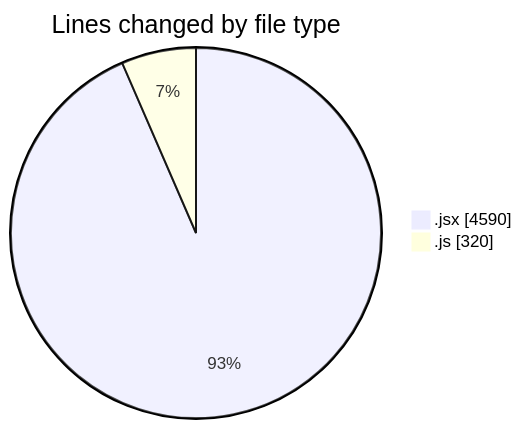
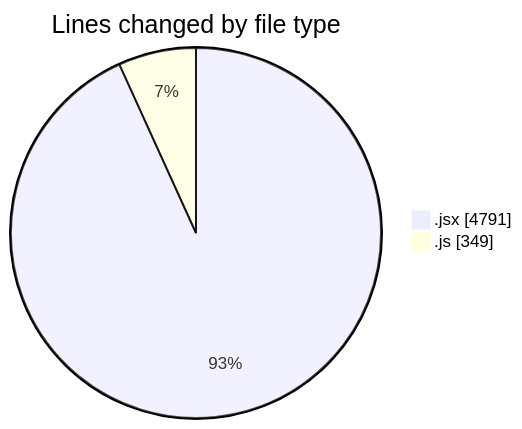
The first of 2 diagrams in 2025-12-11/nxtqube_webapp/README.md (nxtqubesakshisongat/code-tracking), drawn with Mermaid before and after one commit. The commit also changed other lines of this file and 1 other file, not shown here.

````diff
--- a/2025-12-11/nxtqube_webapp/README.md
+++ b/2025-12-11/nxtqube_webapp/README.md
@@ -25,6 +25,6 @@
 ```mermaid
 pie showData
 title Lines changed by file type
-".jsx" : 4590
-".js" : 320
+".jsx" : 4791
+".js" : 349
 ```
````
